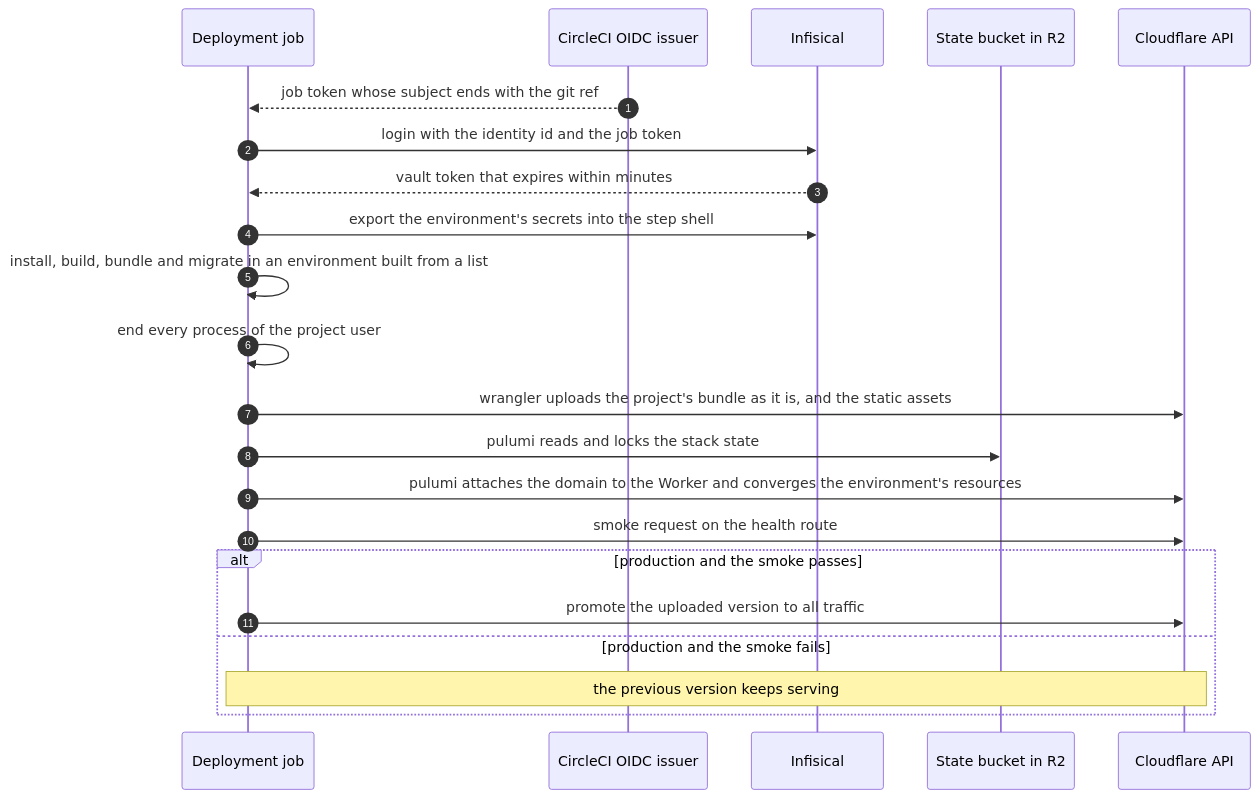
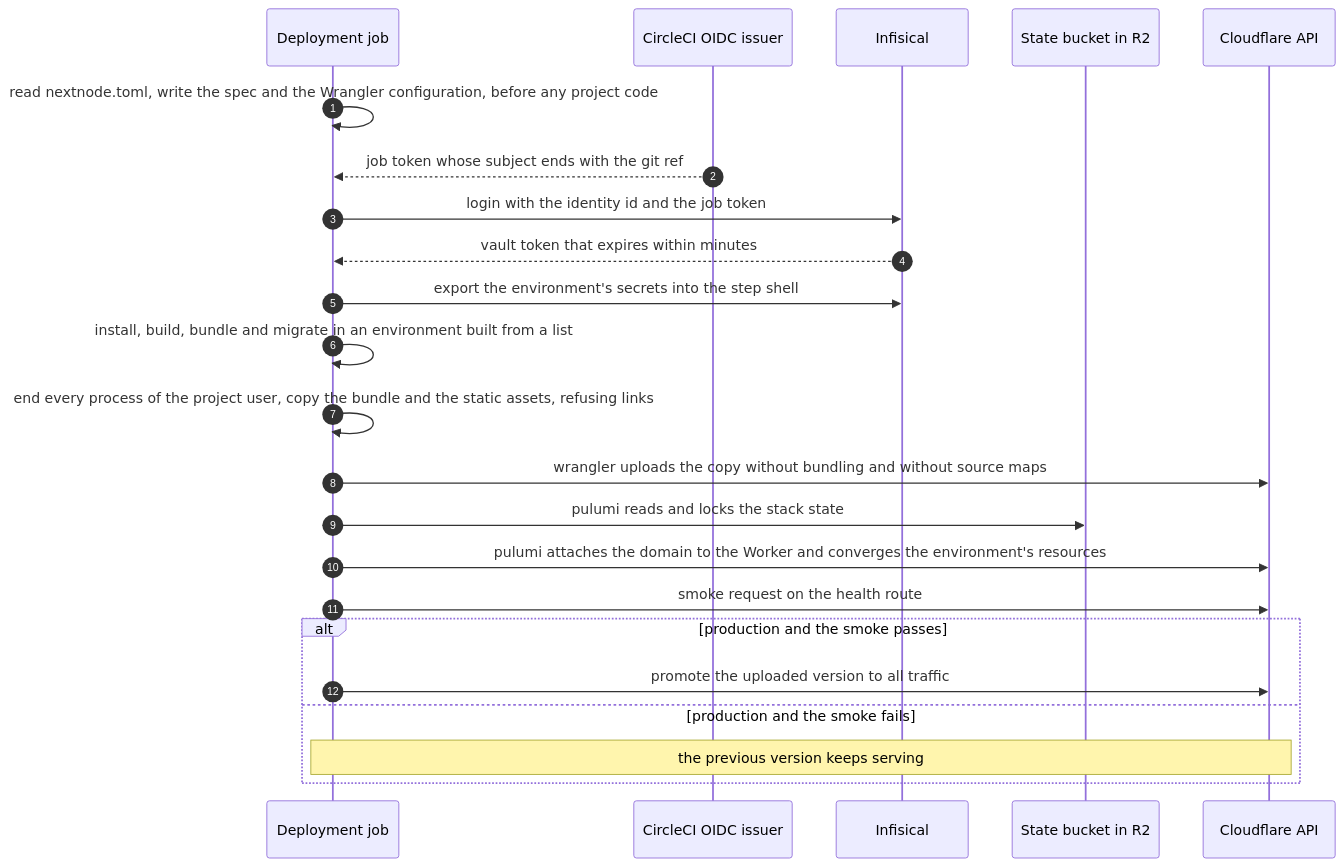
The third of 3 diagrams in docs/architecture.md (NextNodeSolutions/infrastructure), drawn with Mermaid before and after one commit. The commit also changed other lines of this file and 12 other files, not shown here.

First line of the commit message:
ci: nextnode.toml carries the worker's wrangler keys, bundled by the project and uploaded as a link-free copy (#13)

````diff
--- a/docs/architecture.md
+++ b/docs/architecture.md
@@ -85,24 +85,25 @@
 ```mermaid
 sequenceDiagram
     autonumber
     participant J as Deployment job
     participant O as CircleCI OIDC issuer
     participant V as Infisical
     participant S as State bucket in R2
     participant F as Cloudflare API
+    J->>J: read nextnode.toml, write the spec and the Wrangler configuration, before any project code
     O-->>J: job token whose subject ends with the git ref
     J->>V: login with the identity id and the job token
     V-->>J: vault token that expires within minutes
     J->>V: export the environment's secrets into the step shell
     J->>J: install, build, bundle and migrate in an environment built from a list
-    J->>J: end every process of the project user
-    J->>F: wrangler uploads the project's bundle as it is, and the static assets
+    J->>J: end every process of the project user, copy the bundle and the static assets, refusing links
+    J->>F: wrangler uploads the copy without bundling and without source maps
     J->>S: pulumi reads and locks the stack state
     J->>F: pulumi attaches the domain to the Worker and converges the environment's resources
     J->>F: smoke request on the health route
     alt production and the smoke passes
         J->>F: promote the uploaded version to all traffic
     else production and the smoke fails
         Note over J,F: the previous version keeps serving
     end
 ```
````
